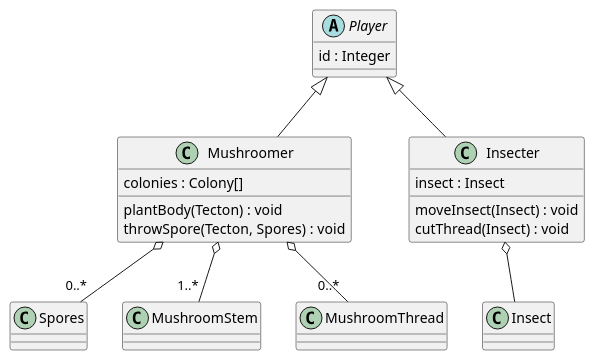
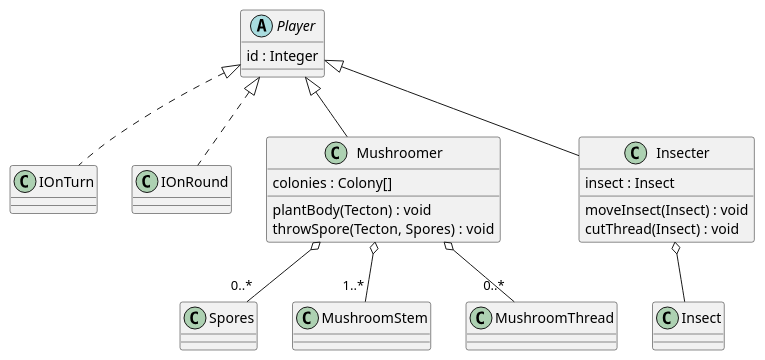
One commit to Petya-G/fungorium changed the diagram in 3/classes/player.puml. Above: the diagram before and after it, drawn with PlantUML. The commit also changed 4 other files, not shown here.

```diff
--- a/3/classes/player.puml
+++ b/3/classes/player.puml
@@ -1,23 +1,25 @@
 @startuml player
+Player <|.. IOnTurn
+Player <|.. IOnRound
 abstract class Player{
     id : Integer
 }
 
 Player <|-- Mushroomer
 Mushroomer o-- "0..*" Spores
 Mushroomer o-- "1..*" MushroomStem
 Mushroomer o-- "0..*" MushroomThread
 class Mushroomer{
     colonies : Colony[]
     plantBody(Tecton) : void
     throwSpore(Tecton, Spores) : void
 }
 
 Player <|-- Insecter
 Insecter o-- Insect
 class Insecter{
     insect : Insect
     moveInsect(Insect) : void
     cutThread(Insect) : void
 }
 @enduml
```
